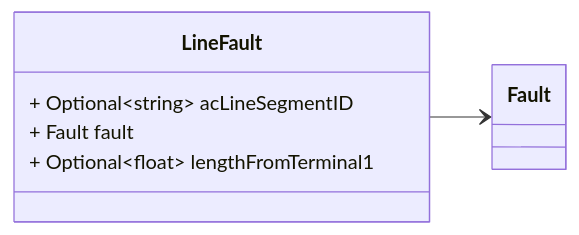
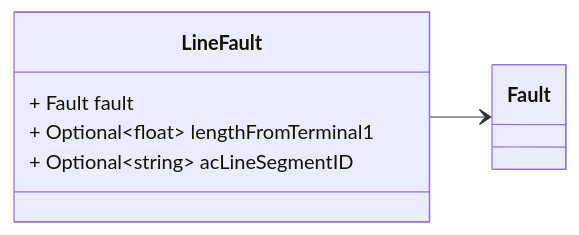
Before and after one commit to zaphiro-technologies/protobuf: the fourth of 5 diagrams in docs/fault.proto.md, drawn with Mermaid. The commit also changed other lines of this file and 12 other files, not shown here.

First line of the commit message:
Replace custom proto-gen-md-diagrams with official one (#50)

````diff
--- a/docs/fault.proto.md
+++ b/docs/fault.proto.md
@@ -184,22 +184,22 @@
 ```mermaid
 classDiagram
 direction LR
 
 %% A fault that occurs on an AC line segment at some point along the length.
 %% 
 %% This message is modeled after [CIM LineFault](https://zepben.github.io/evolve/docs/cim/cim100/TC57CIM/IEC61970/Base/Faults/LineFault) according to the extensions defined in the [fault-data-storage](https://github.com/zaphiro-technologies/architecture/blob/main/features/31-fault-data-storage.md#data-structures) feature.
 %% 
 %% Headers used in rabbitMQ:
 %% * `id` (string): id of the `Fault`
 %% * `type` (string): always `LineFault`
 %% * `producerId` (string): the id of the producer (e.g. a PMU) linked to the notification.
 %% 
 
 class LineFault {
-  + Optional~string~ acLineSegmentID
   + Fault fault
   + Optional~float~ lengthFromTerminal1
+  + Optional~string~ acLineSegmentID
 }
 LineFault --> `Fault`
 
 ```
````
